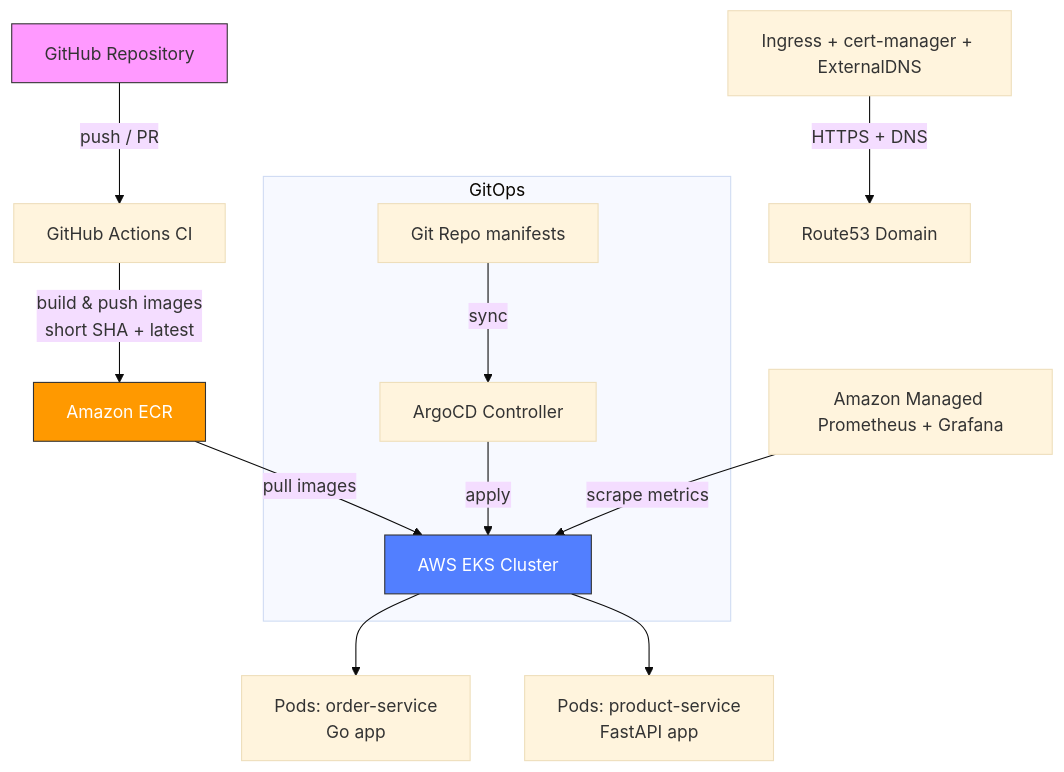
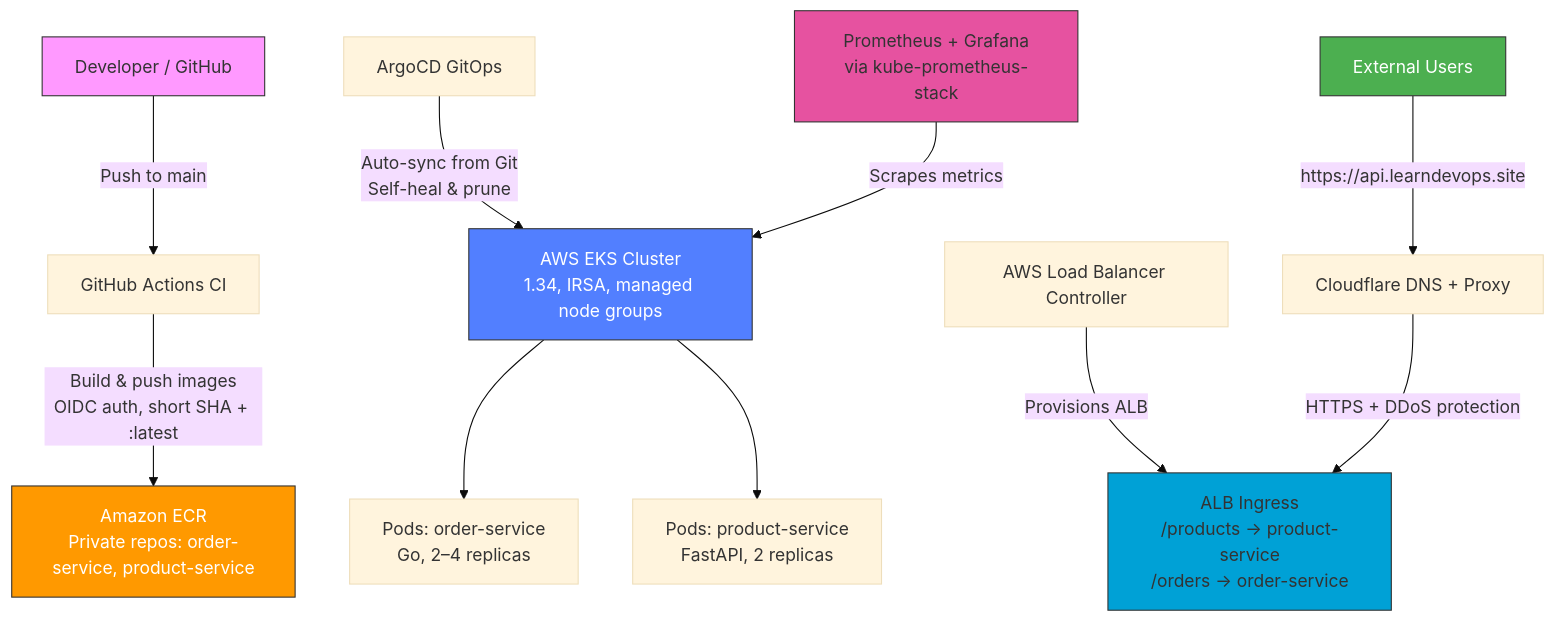
One commit to elorm116/devops-production-microservices changed the first of 2 diagrams in README.md. Above: the diagram before and after it, drawn with Mermaid (base theme). The commit also changed other lines of this file and 1 other file, not shown here.

````diff
--- a/README.md
+++ b/README.md
@@ -151,22 +57,25 @@
 ```mermaid
 graph TD
-    A[GitHub Repository] -->|push / PR| B[GitHub Actions CI]
-    B -->|build & push images<br/>short SHA + latest| C[Amazon ECR]
-    C -->|pull images| D[AWS EKS Cluster]
+    A[Developer / GitHub] -->|Push to main| B[GitHub Actions CI]
+    B -->|Build & push images<br>OIDC auth, short SHA + :latest| C[Amazon ECR<br>Private repos: order-service, product-service]
 
-    subgraph GitOps
-        E[Git Repo manifests] -->|sync| F[ArgoCD Controller]
-        F -->|apply| D
-    end
+    D[ArgoCD GitOps] -->|Auto-sync from Git<br>Self-heal & prune| E[AWS EKS Cluster<br>1.34, IRSA, managed node groups]
 
-    D --> G[Pods: order-service<br/>Go app]
-    D --> H[Pods: product-service<br/>FastAPI app]
+    E --> F[Pods: order-service<br>Go, 2–4 replicas]
+    E --> G[Pods: product-service<br>FastAPI, 2 replicas]
 
-    I[Ingress + cert-manager + ExternalDNS] -->|HTTPS + DNS| J[Route53 Domain]
+    H[AWS Load Balancer Controller] -->|Provisions ALB| I[ALB Ingress<br>/products → product-service<br>/orders → order-service]
 
-    K[Amazon Managed Prometheus + Grafana] -->|scrape metrics| D
+    J[Cloudflare DNS + Proxy] -->|HTTPS + DDoS protection| I
+
+    K[Prometheus + Grafana<br>via kube-prometheus-stack] -->|Scrapes metrics| E
+
+    L[External Users] -->|https://api.learndevops.site| J
 
     style A fill:#f9f,stroke:#333
-    style C fill:#ff9900,stroke:#333,color:#fff
-    style D fill:#527fff,stroke:#333,color:#fff
+    style C fill:#FF9900,stroke:#333,color:#fff
+    style E fill:#527FFF,stroke:#333,color:#fff
+    style I fill:#00A1D6,stroke:#333
+    style K fill:#E652A0,stroke:#333
+    style L fill:#4CAF50,stroke:#333,color:#fff
 ```
````
